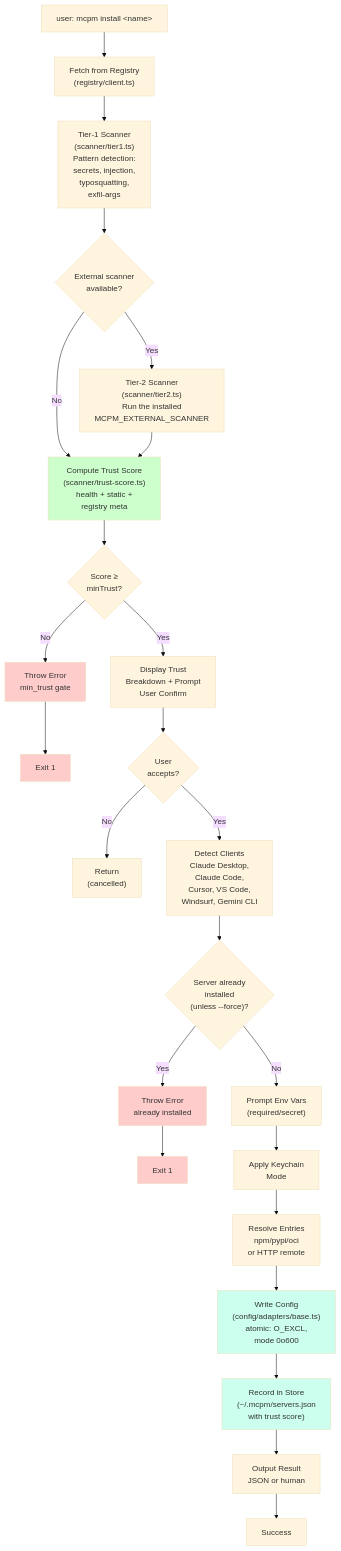
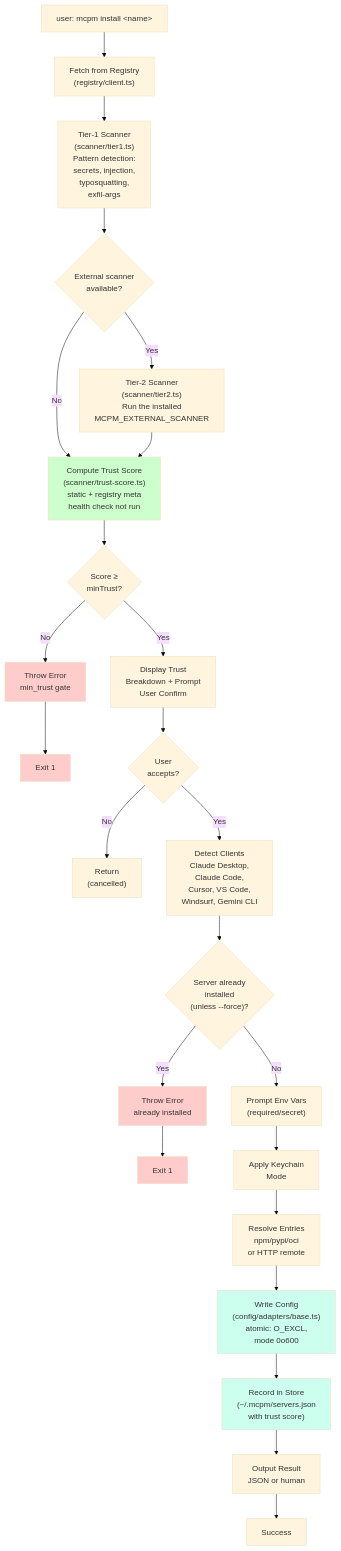
Before and after one commit to getmcpm/cli: the first of 2 diagrams in docs/ARCHITECTURE.md, drawn with Mermaid (base theme). The commit also changed other lines of this file, not shown here.

Commit message:
docs: refresh architecture guide and remove duplicate reference (#342)

````diff
--- a/docs/ARCHITECTURE.md
+++ b/docs/ARCHITECTURE.md
@@ -209,35 +182,35 @@
 ```mermaid
 flowchart TD
 Start["user: mcpm install &lt;name&gt;"]
 Start --> GetServer["Fetch from Registry<br/>(registry/client.ts)"]
 GetServer --> Tier1["Tier-1 Scanner<br/>(scanner/tier1.ts)<br/>Pattern detection:<br/>secrets, injection,<br/>typosquatting,<br/>exfil-args"]
 Tier1 --> CheckExt{"External scanner<br/>available?"}
-CheckExt -->|No| Trust["Compute Trust Score<br/>(scanner/trust-score.ts)<br/>health + static +<br/>registry meta"]
+CheckExt -->|No| Trust["Compute Trust Score<br/>(scanner/trust-score.ts)<br/>static + registry meta<br/>health check not run"]
 CheckExt -->|Yes| Tier2["Tier-2 Scanner<br/>(scanner/tier2.ts)<br/>Run the installed<br/>MCPM_EXTERNAL_SCANNER"]
 Tier2 --> Trust
 Trust --> CheckMinTrust{"Score ≥<br/>minTrust?"}
 CheckMinTrust -->|No| Fail["Throw Error<br/>min_trust gate"]
 Fail --> End1["Exit 1"]
 CheckMinTrust -->|Yes| Prompt["Display Trust<br/>Breakdown + Prompt<br/>User Confirm"]
 Prompt --> UserReject{"User<br/>accepts?"}
 UserReject -->|No| End2["Return<br/>(cancelled)"]
 UserReject -->|Yes| Detect["Detect Clients<br/>Claude Desktop,<br/>Claude Code,<br/>Cursor, VS Code,<br/>Windsurf, Gemini CLI"]
 Detect --> CheckExisting{"Server already<br/>installed<br/>(unless --force)?"}
 CheckExisting -->|Yes| FailExisting["Throw Error<br/>already installed"]
 FailExisting --> End3["Exit 1"]
 CheckExisting -->|No| PromptEnv["Prompt Env Vars<br/>(required/secret)"]
 PromptEnv --> ApplyKeychain["Apply Keychain<br/>Mode"]
 ApplyKeychain --> ResolveEntries["Resolve Entries<br/>npm/pypi/oci<br/>or HTTP remote"]
 ResolveEntries --> WriteConfig["Write Config<br/>(config/adapters/base.ts)<br/>atomic: O_EXCL,<br/>mode 0o600"]
 WriteConfig --> Store["Record in Store<br/>(~/.mcpm/servers.json<br/>with trust score)"]
 Store --> Output["Output Result<br/>JSON or human"]
 Output --> End4["Success"]
 
 style Fail fill:#ffcccc
 style End1 fill:#ffcccc
 style FailExisting fill:#ffcccc
 style End3 fill:#ffcccc
 style Trust fill:#ccffcc
 style WriteConfig fill:#ccffee
 style Store fill:#ccffee
 ```
````
